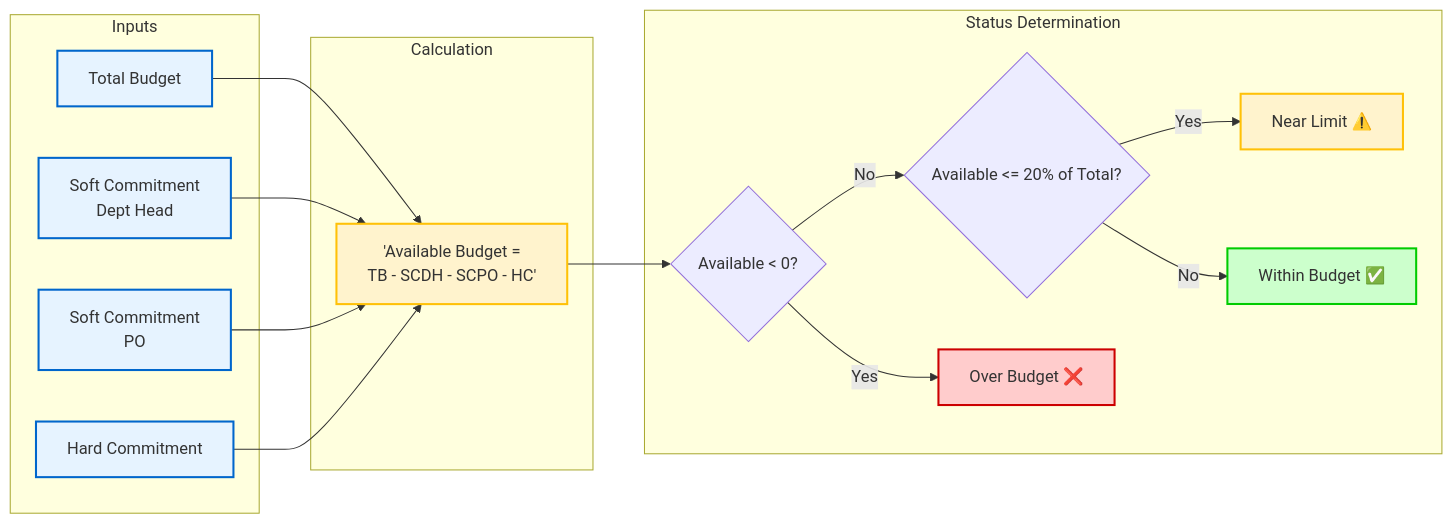
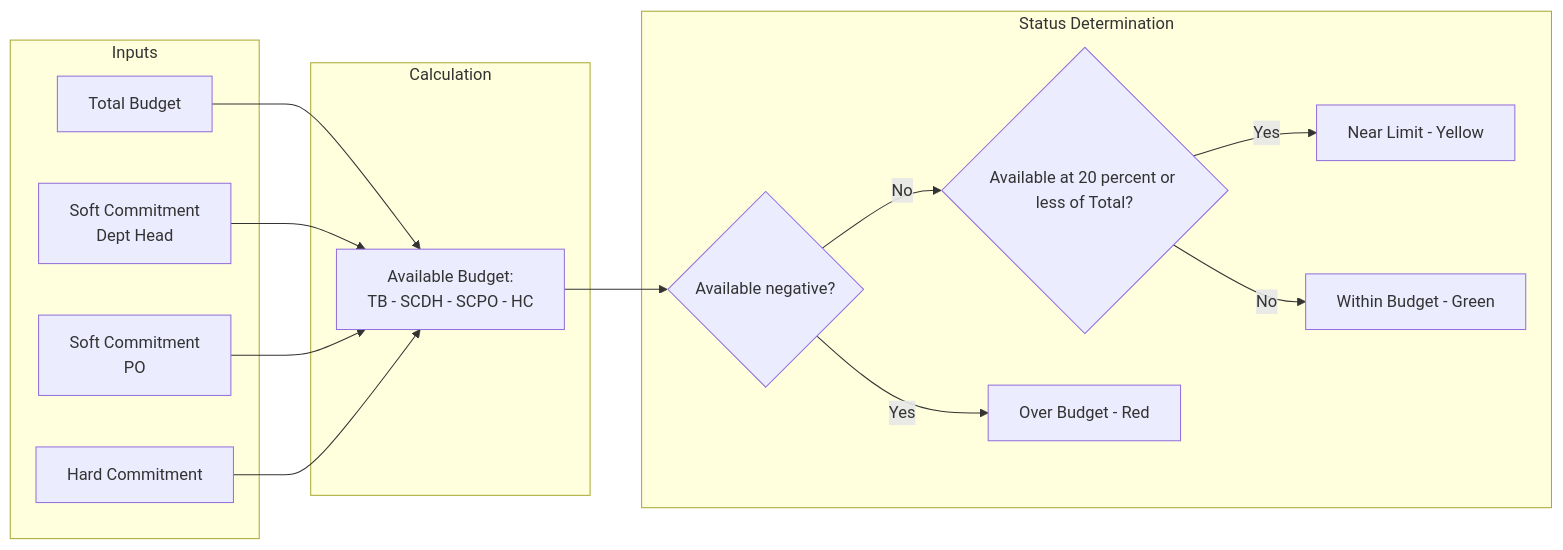
Diagram 23 of 60 in docs/app/procurement/purchase-requests/FD-purchase-requests.md (PeakMNA/carmen), drawn with Mermaid before and after one commit. The commit also changed other lines of this file and 473 other files, not shown here.

````diff
--- a/docs/app/procurement/purchase-requests/FD-purchase-requests.md
+++ b/docs/app/procurement/purchase-requests/FD-purchase-requests.md
@@ -1084,41 +1019,33 @@
 ```mermaid
 flowchart LR
     subgraph Inputs
         TB[Total Budget]
         SCDH[Soft Commitment<br>Dept Head]
         SCPO[Soft Commitment<br>PO]
         HC[Hard Commitment]
     end
 
     subgraph Calculation
-        CALC['Available Budget =<br>TB - SCDH - SCPO - HC']
+        CALC[Available Budget:<br>TB - SCDH - SCPO - HC]
     end
 
     subgraph StatusLogic[Status Determination]
-        CHECK1{Available < 0?}
-        CHECK2{Available <= 20% of Total?}
-        STATUS1[Over Budget ❌]
-        STATUS2[Near Limit ⚠️]
-        STATUS3[Within Budget ✅]
+        CHECK1{Available negative?}
+        CHECK2{Available at 20 percent or less of Total?}
+        STATUS1[Over Budget - Red]
+        STATUS2[Near Limit - Yellow]
+        STATUS3[Within Budget - Green]
     end
 
     TB --> CALC
     SCDH --> CALC
     SCPO --> CALC
     HC --> CALC
 
     CALC --> CHECK1
     CHECK1 -->|Yes| STATUS1
     CHECK1 -->|No| CHECK2
     CHECK2 -->|Yes| STATUS2
     CHECK2 -->|No| STATUS3
 
-    style TB fill:#e6f3ff,stroke:#0066cc,stroke-width:2px
-    style SCDH fill:#e6f3ff,stroke:#0066cc,stroke-width:2px
-    style SCPO fill:#e6f3ff,stroke:#0066cc,stroke-width:2px
-    style HC fill:#e6f3ff,stroke:#0066cc,stroke-width:2px
-    style CALC fill:#fff3cd,stroke:#ffc107,stroke-width:2px
-    style STATUS1 fill:#ffcccc,stroke:#cc0000,stroke-width:2px
-    style STATUS2 fill:#fff3cd,stroke:#ffc107,stroke-width:2px
-    style STATUS3 fill:#ccffcc,stroke:#00cc00,stroke-width:2px
 ```
````
